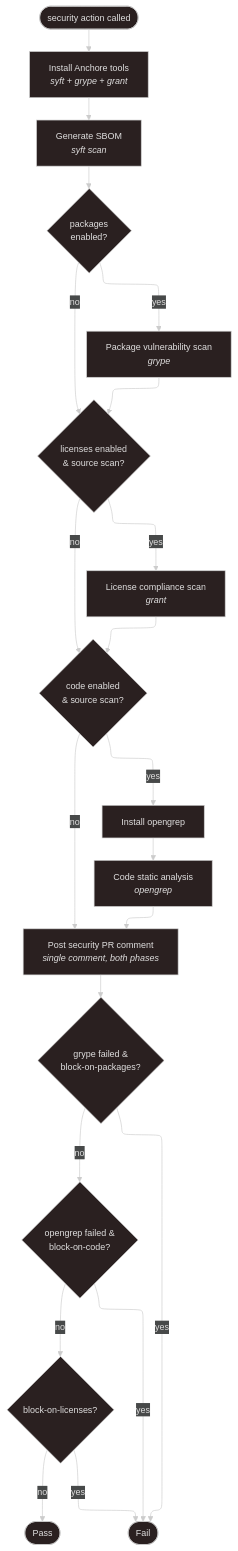
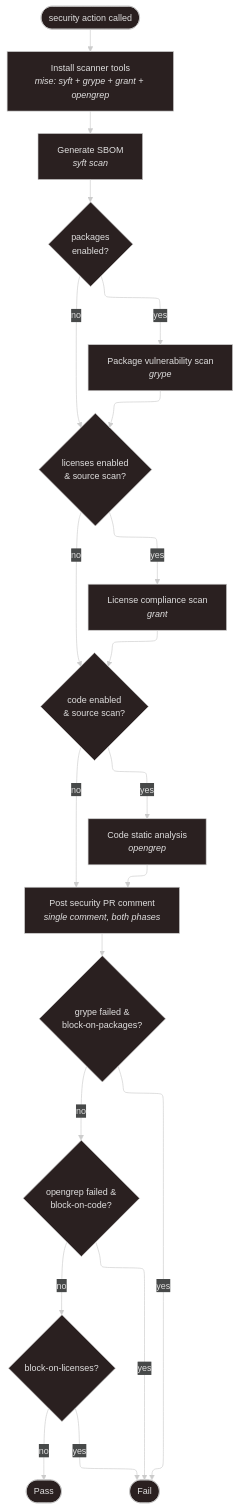
The seventh of 8 diagrams in docs/usage.md (credova/platform-workflows), drawn with Mermaid before and after one commit. The commit also changed 9 other files, not shown here.

Commit message:
[sc-89440] fix(security): install scanners with mise instead of curl-pipe installers (#66)

````diff
--- a/docs/usage.md
+++ b/docs/usage.md
@@ -1238,51 +1238,50 @@
 ```mermaid
 ---
 config:
   layout: elk
   theme: neo-dark
 ---
 flowchart TD
     IN(["security action called"])
 
-    INSTALL["Install Anchore tools\n<i>syft + grype + grant</i>"]
+    INSTALL["Install scanner tools\n<i>mise: syft + grype + grant + opengrep</i>"]
     SBOM["Generate SBOM\n<i>syft scan</i>"]
 
     PKG{"packages\nenabled?"}
     GRYPE["Package vulnerability scan\n<i>grype</i>"]
 
     LIC{"licenses enabled\n& source scan?"}
     GRANT["License compliance scan\n<i>grant</i>"]
 
     CODE{"code enabled\n& source scan?"}
-    OG_INSTALL["Install opengrep"]
     OG_SCAN["Code static analysis\n<i>opengrep</i>"]
 
     COMMENT["Post security PR comment\n<i>single comment, both phases</i>"]
 
     FAIL_PKG{"grype failed &\nblock-on-packages?"}
     FAIL_CODE{"opengrep failed &\nblock-on-code?"}
     FAIL_LIC{"block-on-licenses?"}
 
     OUT_PASS(["Pass"])
     OUT_FAIL(["Fail"])
 
     IN --> INSTALL --> SBOM
 
     SBOM --> PKG
     PKG -->|yes| GRYPE --> LIC
     PKG -->|no| LIC
 
     LIC -->|yes| GRANT --> CODE
     LIC -->|no| CODE
 
-    CODE -->|yes| OG_INSTALL --> OG_SCAN --> COMMENT
+    CODE -->|yes| OG_SCAN --> COMMENT
     CODE -->|no| COMMENT
 
     COMMENT --> FAIL_PKG
     FAIL_PKG -->|yes| OUT_FAIL
     FAIL_PKG -->|no| FAIL_CODE
     FAIL_CODE -->|yes| OUT_FAIL
     FAIL_CODE -->|no| FAIL_LIC
     FAIL_LIC -->|yes| OUT_FAIL
     FAIL_LIC -->|no| OUT_PASS
 ```
````
